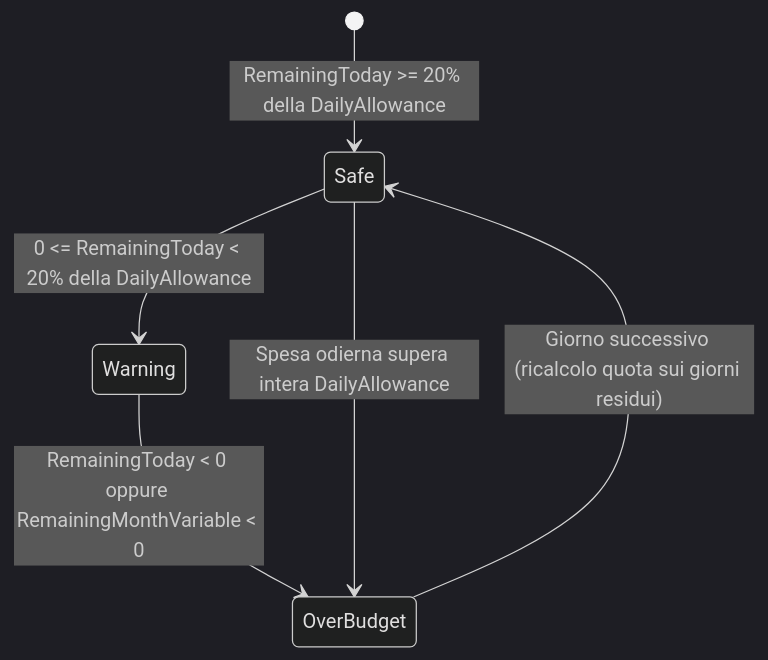
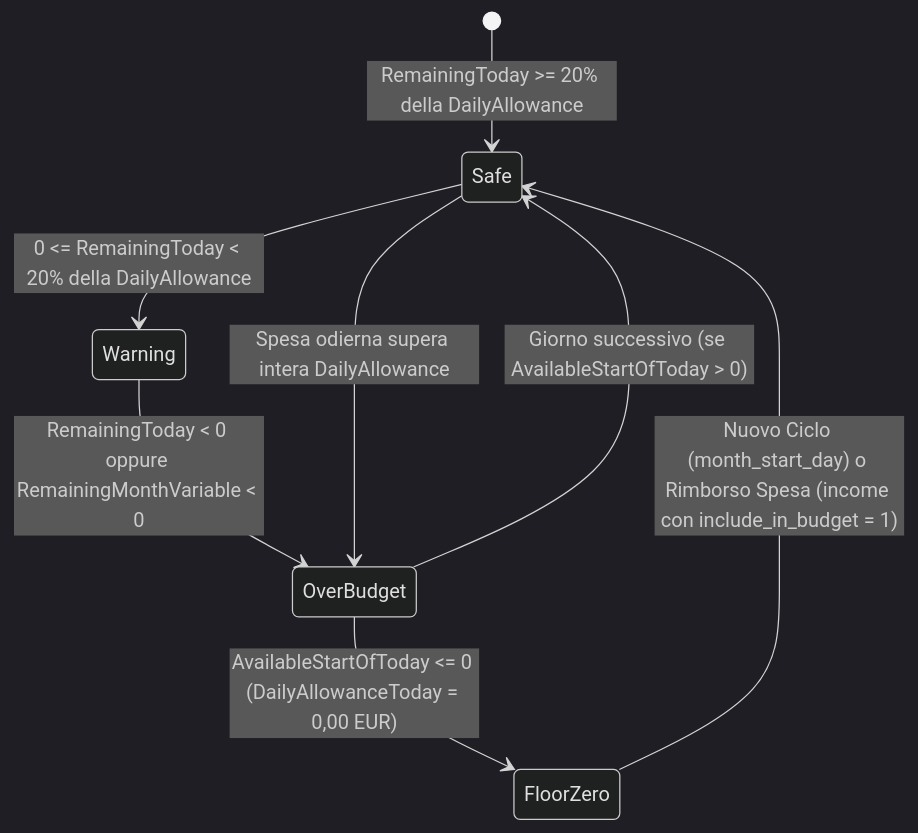
Before and after one commit to Yhtnay/DailyBudget: the third of 7 diagrams in docs/PRODUCT_ANALYSIS.md, drawn with Mermaid (dark theme). The commit also changed other lines of this file and 10 other files, not shown here.

````diff
--- a/docs/PRODUCT_ANALYSIS.md
+++ b/docs/PRODUCT_ANALYSIS.md
@@ -81,8 +99,10 @@
 ```mermaid
 stateDiagram-v2
     [*] --> Safe: RemainingToday >= 20% della DailyAllowance
     Safe --> Warning: 0 <= RemainingToday < 20% della DailyAllowance
     Warning --> OverBudget: RemainingToday < 0 oppure RemainingMonthVariable < 0
     Safe --> OverBudget: Spesa odierna supera intera DailyAllowance
-    OverBudget --> Safe: Giorno successivo (ricalcolo quota sui giorni residui)
+    OverBudget --> Safe: Giorno successivo (se AvailableStartOfToday > 0)
+    OverBudget --> FloorZero: AvailableStartOfToday <= 0 (DailyAllowanceToday = 0,00 EUR)
+    FloorZero --> Safe: Nuovo Ciclo (month_start_day) o Rimborso Spesa (income con include_in_budget = 1)
 ```
````
